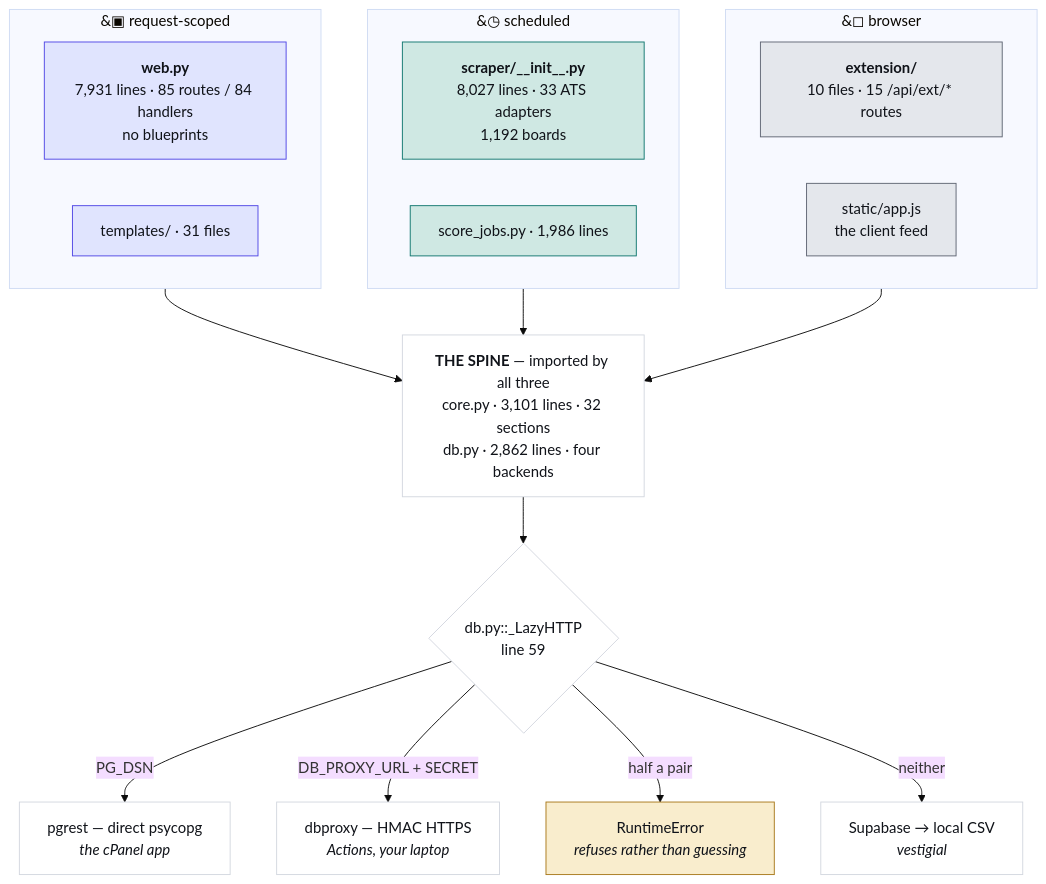
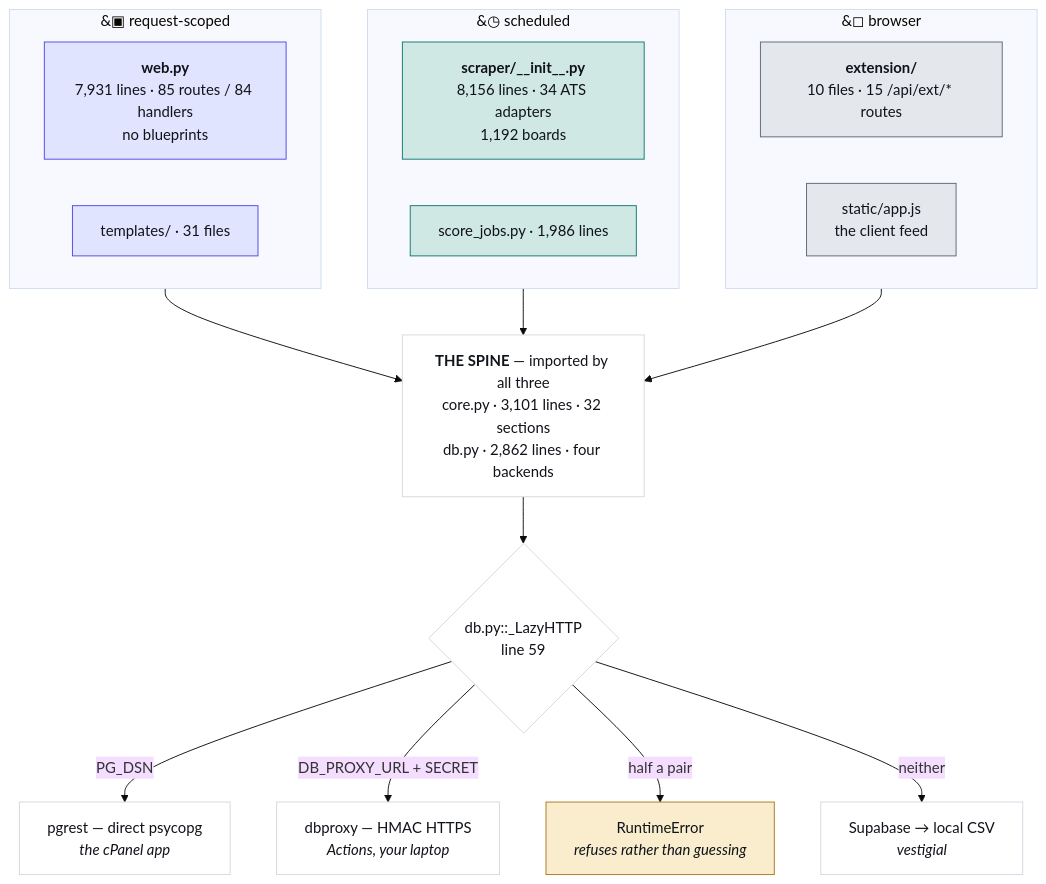
One commit to hadakunal909-debug/job-search-tool changed the first of 4 diagrams in JobMatch Scraper/docs/ARCHITECTURE.md. Above: the diagram before and after it, drawn with Mermaid (base theme). The commit also changed other lines of this file and 6 other files, not shown here.

````diff
--- a/JobMatch Scraper/docs/ARCHITECTURE.md
+++ b/JobMatch Scraper/docs/ARCHITECTURE.md
@@ -45,34 +45,34 @@
 ```mermaid
 flowchart TB
   subgraph REQ["&#9635; request-scoped"]
     W["<b>web.py</b><br/>7,931 lines · 85 routes / 84 handlers<br/>no blueprints"]
     T["templates/ · 31 files"]
   end
   subgraph SCH["&#9719; scheduled"]
-    S["<b>scraper/__init__.py</b><br/>8,027 lines · 33 ATS adapters<br/>1,192 boards"]
+    S["<b>scraper/__init__.py</b><br/>8,156 lines · 34 ATS adapters<br/>1,192 boards"]
     J["score_jobs.py · 1,986 lines"]
   end
   subgraph CLI["&#9723; browser"]
     E["<b>extension/</b><br/>10 files · 15 /api/ext/* routes"]
     A["static/app.js<br/>the client feed"]
   end
   SPINE["<b>THE SPINE</b> — imported by all three<br/>core.py · 3,101 lines · 32 sections<br/>db.py · 2,862 lines · four backends"]
   REQ --> SPINE
   SCH --> SPINE
   CLI --> SPINE
   SPINE --> D{"db.py::_LazyHTTP<br/>line 59"}
   D -->|"PG_DSN"| P["pgrest — direct psycopg<br/><i>the cPanel app</i>"]
   D -->|"DB_PROXY_URL + SECRET"| X["dbproxy — HMAC HTTPS<br/><i>Actions, your laptop</i>"]
   D -->|"half a pair"| R["RuntimeError<br/><i>refuses rather than guessing</i>"]
   D -->|"neither"| V["Supabase → local CSV<br/><i>vestigial</i>"]
   classDef web fill:#e0e4fe,stroke:#4f46e5,color:#101319
   classDef sched fill:#cfe8e3,stroke:#0f766e,color:#101319
   classDef client fill:#e4e7ec,stroke:#5f6573,color:#101319
   classDef trap fill:#f9edcd,stroke:#a8781a,color:#101319
   classDef plain fill:#ffffff,stroke:#d3d7df,color:#101319
   class W,T web
   class S,J sched
   class E,A client
   class R trap
   class SPINE,D,P,X,V plain
 ```
````
